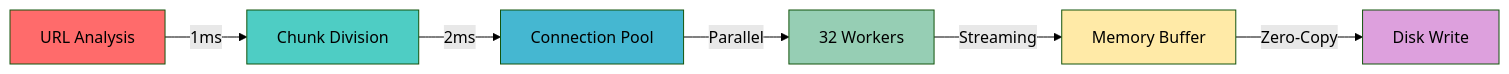
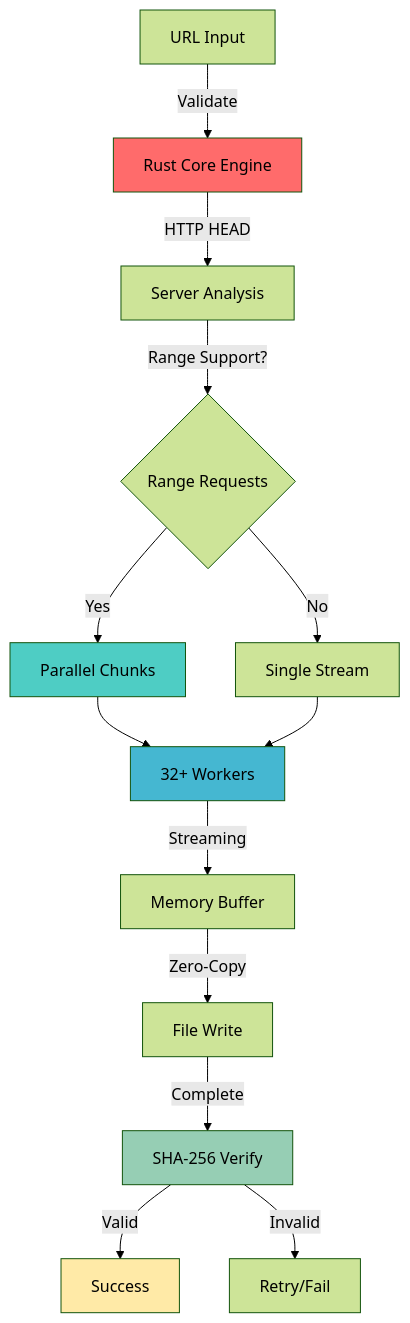
The diagram in README.md (0xb0rn3/fastdl), drawn with Mermaid (forest theme) before and after one commit. The commit also changed other lines of this file, not shown here.

````diff
--- a/README.md
+++ b/README.md
@@ -244,15 +284,21 @@
 ```mermaid
-graph LR
-    A[URL Analysis] -->|1ms| B[Chunk Division]
-    B -->|2ms| C[Connection Pool]
-    C -->|Parallel| D[32 Workers]
-    D -->|Streaming| E[Memory Buffer]
-    E -->|Zero-Copy| F[Disk Write]
+graph TB
+    A[URL Input] -->|Validate| B[Rust Core Engine]
+    B -->|HTTP HEAD| C[Server Analysis]
+    C -->|Range Support?| D{Range Requests}
+    D -->|Yes| E[Parallel Chunks]
+    D -->|No| F[Single Stream]
+    E --> G[32+ Workers]
+    F --> G
+    G -->|Streaming| H[Memory Buffer]
+    H -->|Zero-Copy| I[File Write]
+    I -->|Complete| J[SHA-256 Verify]
+    J -->|Valid| K[Success]
+    J -->|Invalid| L[Retry/Fail]
     
-    style A fill:#FF6B6B
-    style B fill:#4ECDC4
-    style C fill:#45B7D1
-    style D fill:#96CEB4
-    style E fill:#FFEAA7
-    style F fill:#DDA0DD
+    style B fill:#FF6B6B
+    style E fill:#4ECDC4
+    style G fill:#45B7D1
+    style J fill:#96CEB4
+    style K fill:#FFEAA7
 ```
````
